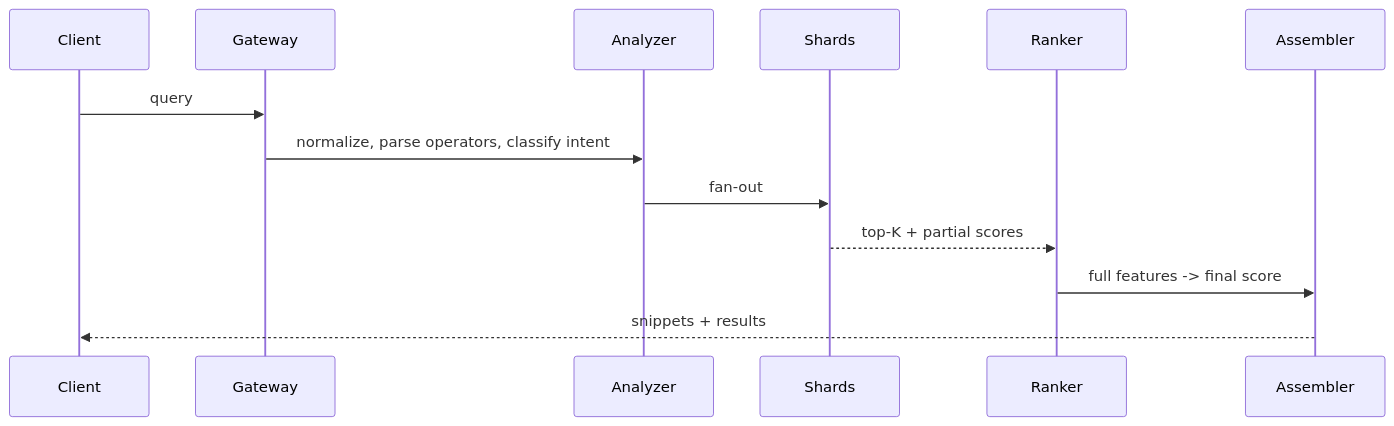
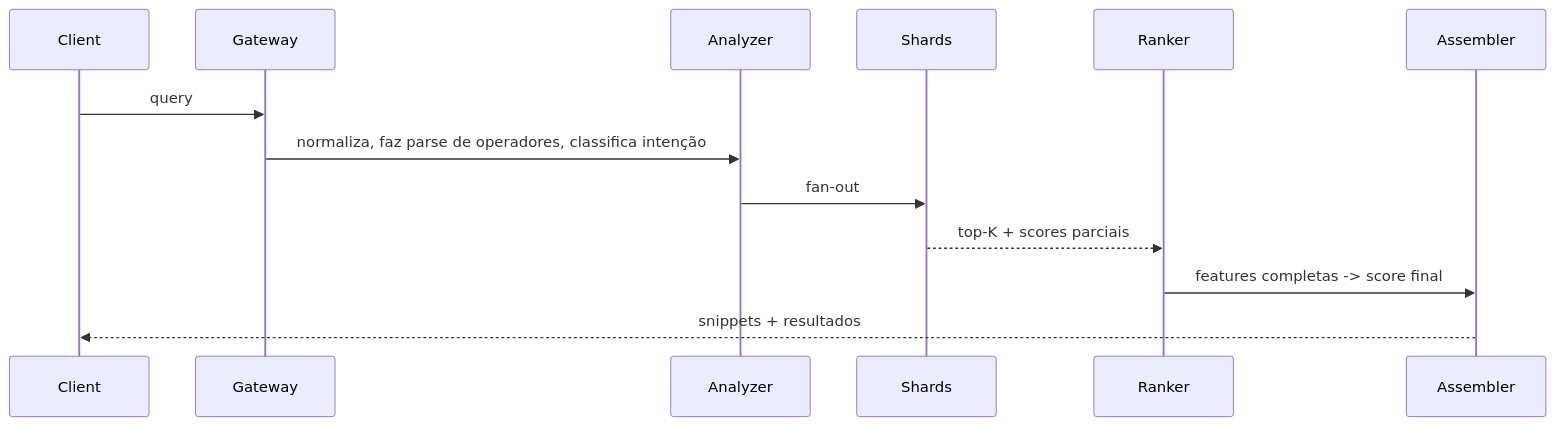
The second of 2 diagrams in wiki-i18n/pt/Search-Engine.md (Pierry/harness-kit), drawn with Mermaid before and after one commit. The commit also changed other lines of this file and 130 other files, not shown here.

````diff
--- a/wiki-i18n/pt/Search-Engine.md
+++ b/wiki-i18n/pt/Search-Engine.md
@@ -194,9 +110,9 @@
 ```mermaid
 sequenceDiagram
   Client->>Gateway: query
-  Gateway->>Analyzer: normalize, parse operators, classify intent
+  Gateway->>Analyzer: normaliza, faz parse de operadores, classifica intenção
   Analyzer->>Shards: fan-out
-  Shards-->>Ranker: top-K + partial scores
-  Ranker->>Assembler: full features -> final score
-  Assembler-->>Client: snippets + results
+  Shards-->>Ranker: top-K + scores parciais
+  Ranker->>Assembler: features completas -> score final
+  Assembler-->>Client: snippets + resultados
 ```
````
